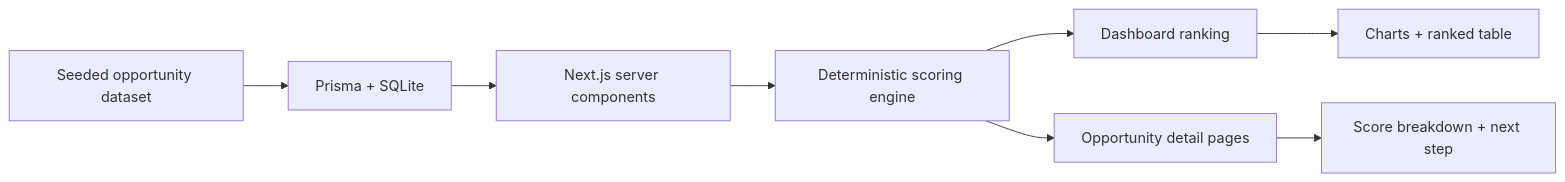
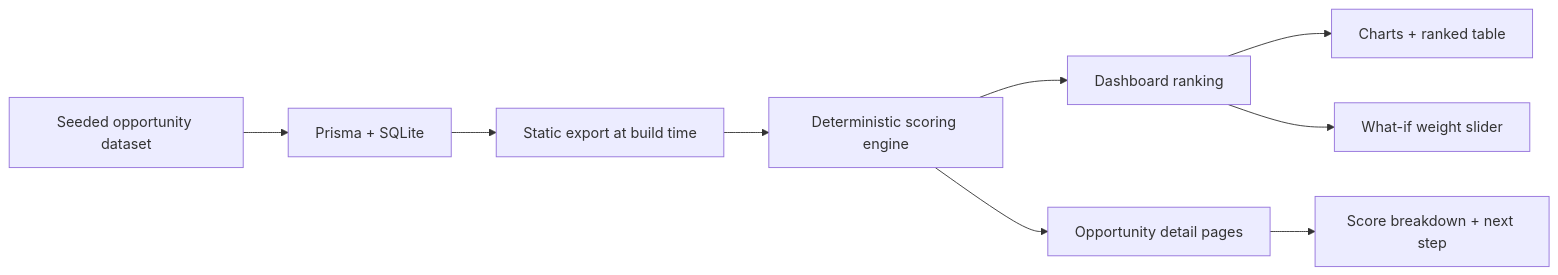
The diagram in README.md (branqon/automation-opportunity-scorer), drawn with Mermaid before and after one commit. The commit also changed other lines of this file and 5 other files, not shown here.

````diff
--- a/README.md
+++ b/README.md
@@ -38,10 +38,11 @@
 ```mermaid
 flowchart LR
     A[Seeded opportunity dataset] --> B[Prisma + SQLite]
-    B --> C[Next.js server components]
+    B --> C[Static export at build time]
     C --> D[Deterministic scoring engine]
     D --> E[Dashboard ranking]
     D --> F[Opportunity detail pages]
     E --> G[Charts + ranked table]
+    E --> I[What-if weight slider]
     F --> H[Score breakdown + next step]
 ```
````
